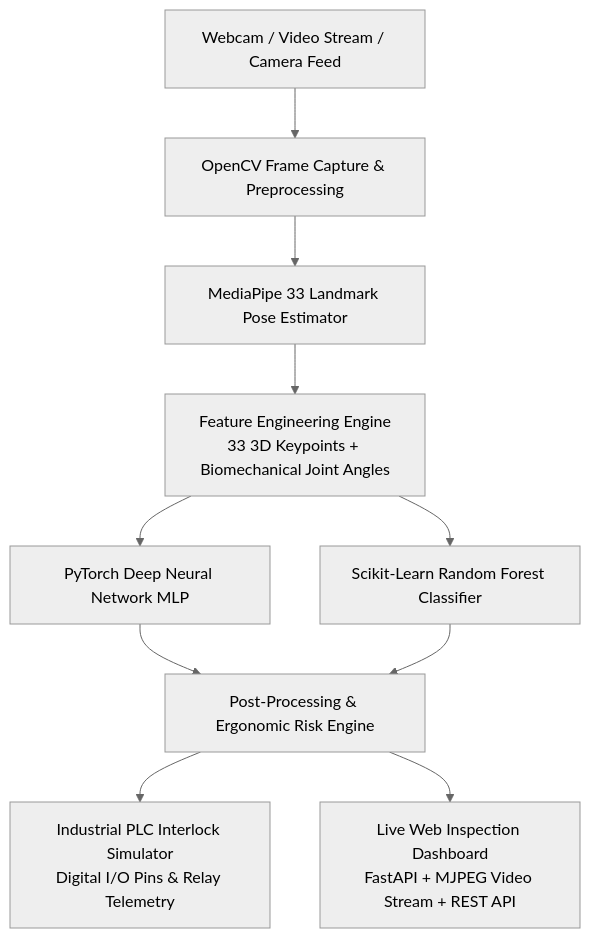
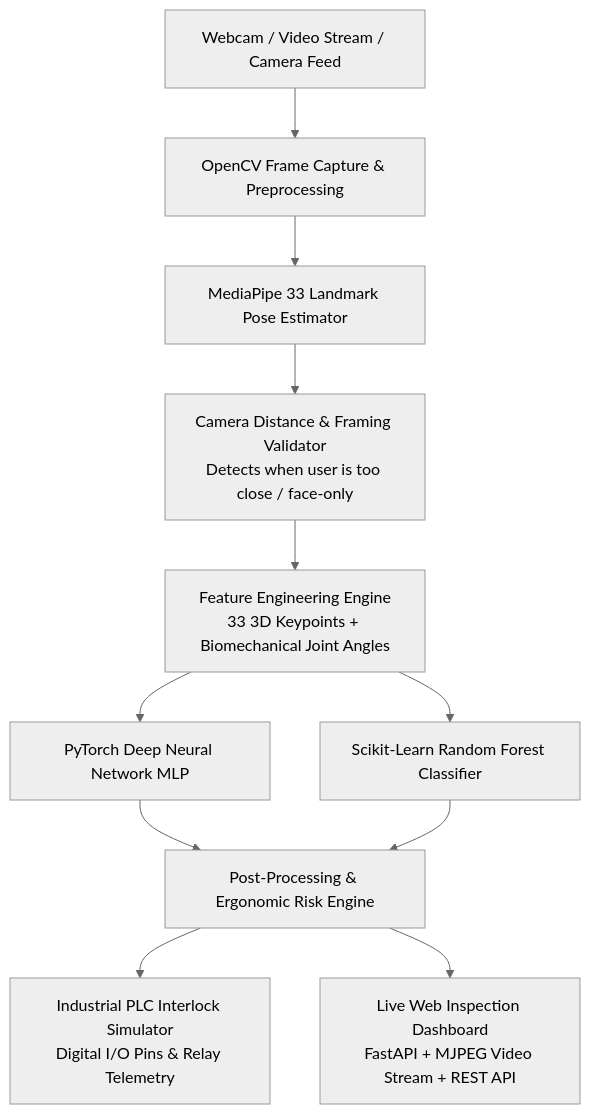
One commit to ShivrajSS-git/HUMAN-POSTURE-ESTIMATION-using-AIML changed the diagram in README.md. Above: the diagram before and after it, drawn with Mermaid (neutral theme). The commit also changed other lines of this file and 3 other files, not shown here.

````diff
--- a/README.md
+++ b/README.md
@@ -19,12 +19,13 @@
 ```mermaid
 flowchart TD
     A[Webcam / Video Stream / Camera Feed] --> B[OpenCV Frame Capture & Preprocessing]
     B --> C[MediaPipe 33 Landmark Pose Estimator]
-    C --> D[Feature Engineering Engine\n33 3D Keypoints + Biomechanical Joint Angles]
-    D --> E1[PyTorch Deep Neural Network MLP]
-    D --> E2[Scikit-Learn Random Forest Classifier]
-    E1 --> F[Post-Processing & Ergonomic Risk Engine]
-    E2 --> F
-    F --> G[Industrial PLC Interlock Simulator\nDigital I/O Pins & Relay Telemetry]
-    F --> H[Live Web Inspection Dashboard\nFastAPI + MJPEG Video Stream + REST API]
+    C --> D[Camera Distance & Framing Validator\nDetects when user is too close / face-only]
+    D --> E[Feature Engineering Engine\n33 3D Keypoints + Biomechanical Joint Angles]
+    E --> F1[PyTorch Deep Neural Network MLP]
+    E --> F2[Scikit-Learn Random Forest Classifier]
+    F1 --> G[Post-Processing & Ergonomic Risk Engine]
+    F2 --> G
+    G --> H[Industrial PLC Interlock Simulator\nDigital I/O Pins & Relay Telemetry]
+    G --> I[Live Web Inspection Dashboard\nFastAPI + MJPEG Video Stream + REST API]
 ```
````
